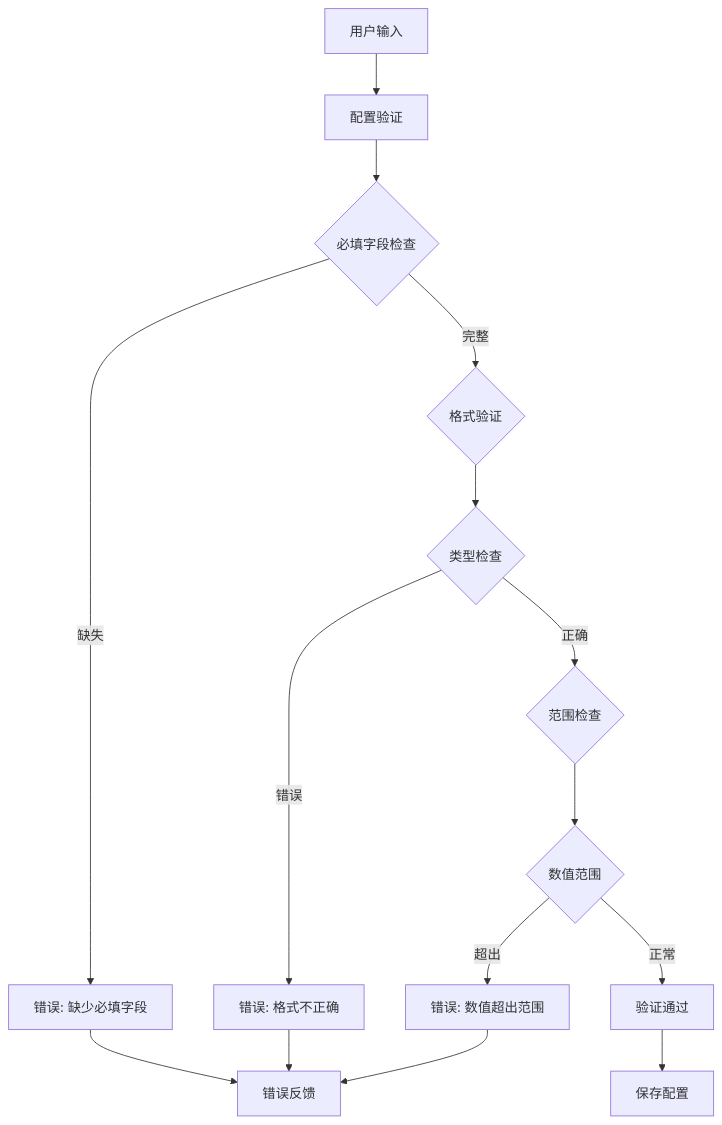
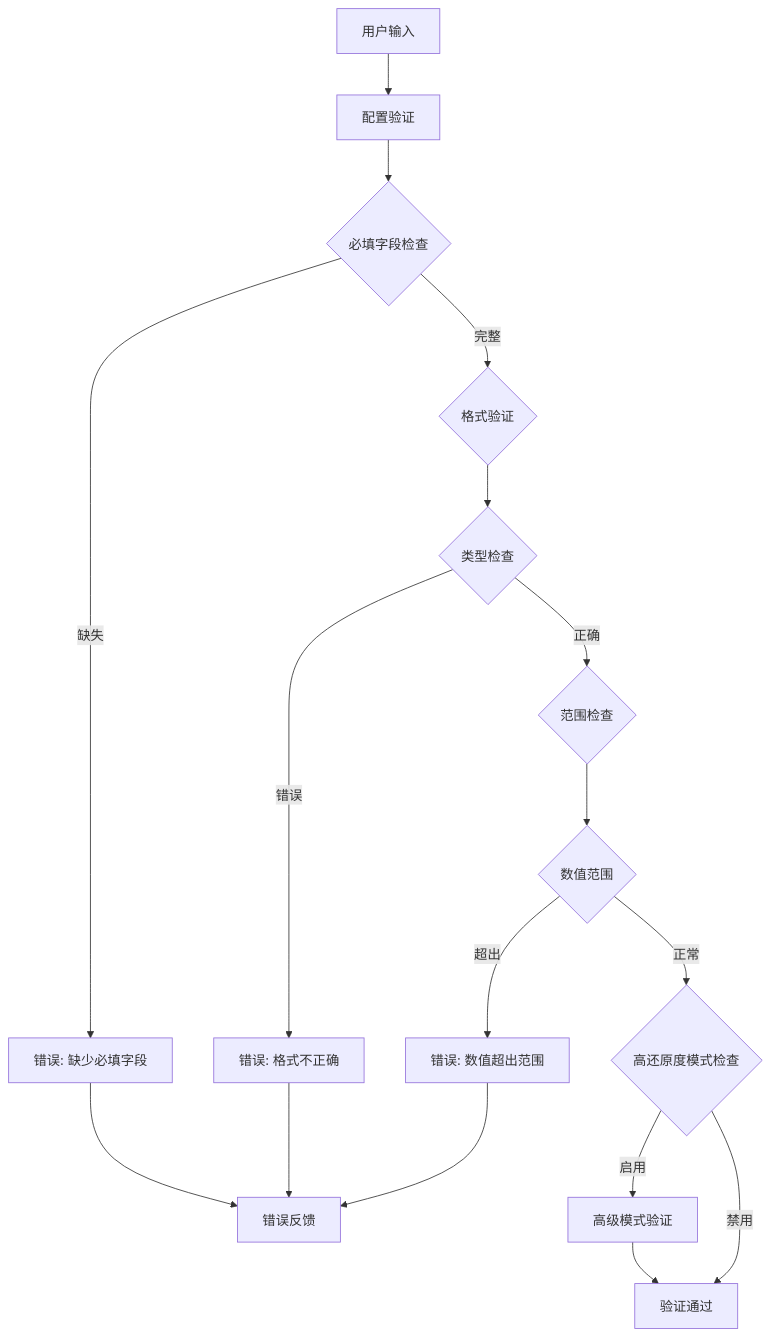
Before and after one commit to binasi/Img2Prompt: the ninth of 11 diagrams in .qoder/repowiki/zh/content/技术架构/核心模块分析/配置管理模块 (config.js).md, drawn with Mermaid. The commit also changed other lines of this file and 7 other files, not shown here.

````diff
--- a/.qoder/repowiki/zh/content/技术架构/核心模块分析/配置管理模块 (config.js).md
+++ b/.qoder/repowiki/zh/content/技术架构/核心模块分析/配置管理模块 (config.js).md
@@ -438,17 +507,19 @@
 ```mermaid
 flowchart TD
 Input[用户输入] --> Validation[配置验证]
 Validation --> Required{必填字段检查}
 Required --> |缺失| Error1[错误: 缺少必填字段]
 Required --> |完整| Format{格式验证}
 Format --> Type{类型检查}
 Type --> |错误| Error2[错误: 格式不正确]
 Type --> |正确| Range{范围检查}
 Range --> Value{数值范围}
 Value --> |超出| Error3[错误: 数值超出范围]
-Value --> |正常| Success[验证通过]
+Value --> |正常| RecreateMode{高还原度模式检查}
+RecreateMode --> |启用| AdvancedCheck[高级模式验证]
+RecreateMode --> |禁用| Success[验证通过]
+AdvancedCheck --> Success
 Error1 --> Feedback[错误反馈]
 Error2 --> Feedback
 Error3 --> Feedback
-Success --> Save[保存配置]
 ```
````
